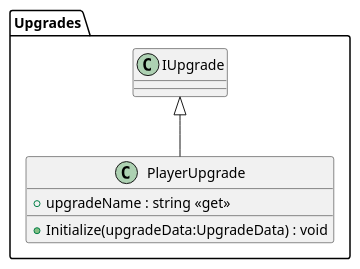
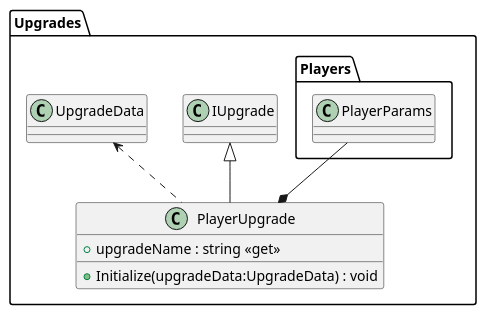
The diagram in plantuml/target/Upgrade/PlayerUpgrade.puml (asterisk-cn/RougueShooter), drawn with PlantUML before and after one commit. The commit also changed 26 other files, not shown here.

```diff
--- a/plantuml/target/Upgrade/PlayerUpgrade.puml
+++ b/plantuml/target/Upgrade/PlayerUpgrade.puml
@@ -1,9 +1,11 @@
 @startuml
 namespace Upgrades{
 class PlayerUpgrade {
     + upgradeName : string <<get>>
     + Initialize(upgradeData:UpgradeData) : void
 }
 IUpgrade <|-- PlayerUpgrade
+Upgrades.UpgradeData <.. PlayerUpgrade
+Players.PlayerParams --* PlayerUpgrade
 }
 @enduml
```
